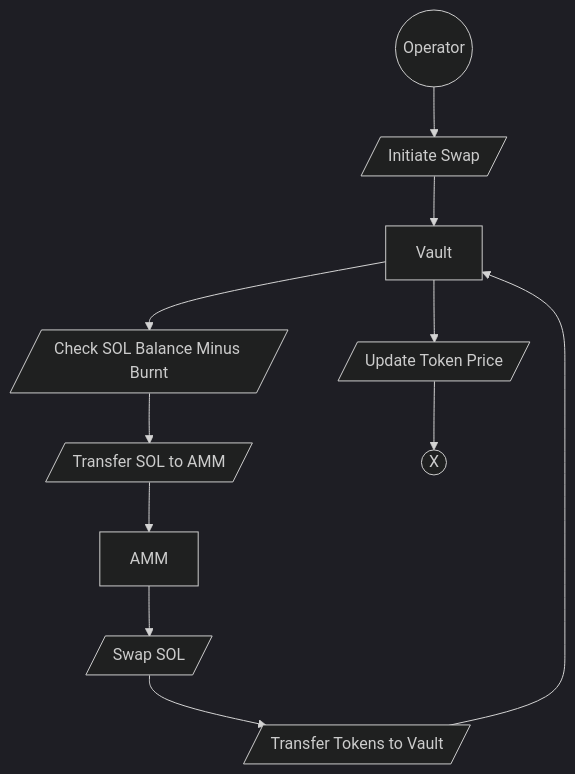
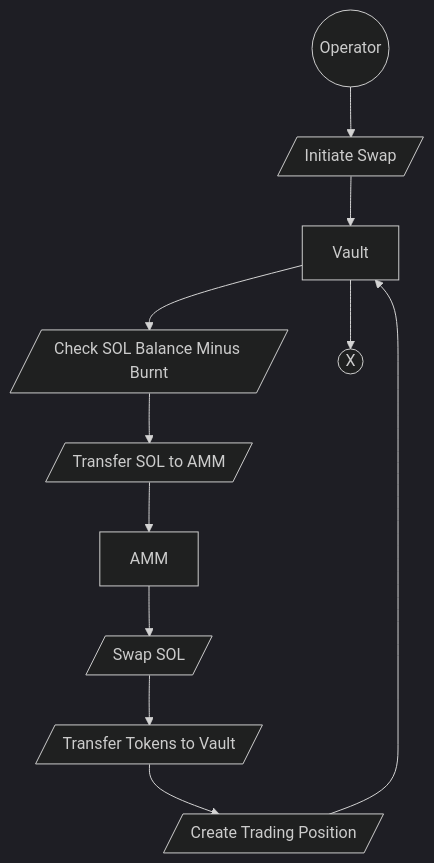
The seventh of 8 diagrams in docs/Architecture.md (n3m6/Q2_25_Builder_Faraz), drawn with Mermaid (dark theme) before and after one commit. The commit also changed other lines of this file, not shown here.

````diff
--- a/docs/Architecture.md
+++ b/docs/Architecture.md
@@ -170,13 +193,13 @@
 ```mermaid 
 flowchart TD
     A((Operator)) -->B[/Initiate Swap/]
     B --> C[Vault]
     C --> K[/Check SOL Balance Minus Burnt/]
     K --> D[/Transfer SOL to AMM/]
     D --> E[AMM]
     E --> F[/Swap SOL/]
     F --> G[/Transfer Tokens to Vault/]
-    G --> C
-    C --> H[/Update Token Price/]
-    H --> I((X))
+    G --> H[/Create Trading Position/]
+    H --> C
+    C --> I((X))
 ```
````
